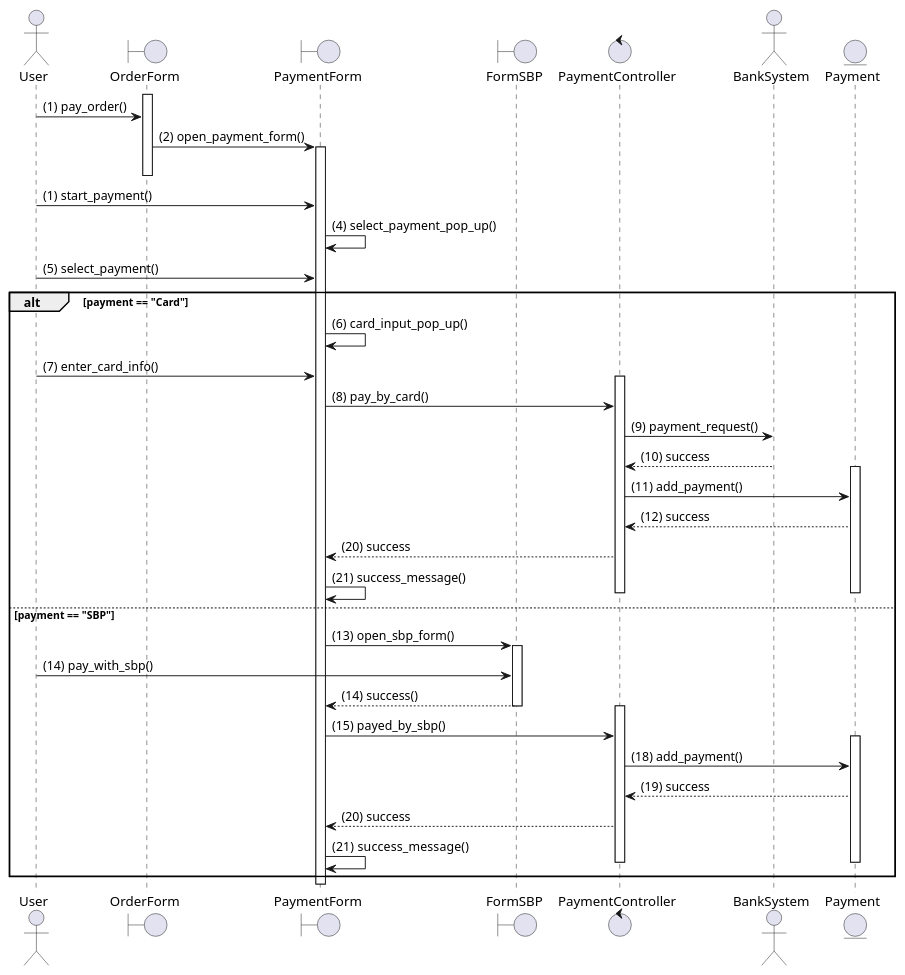
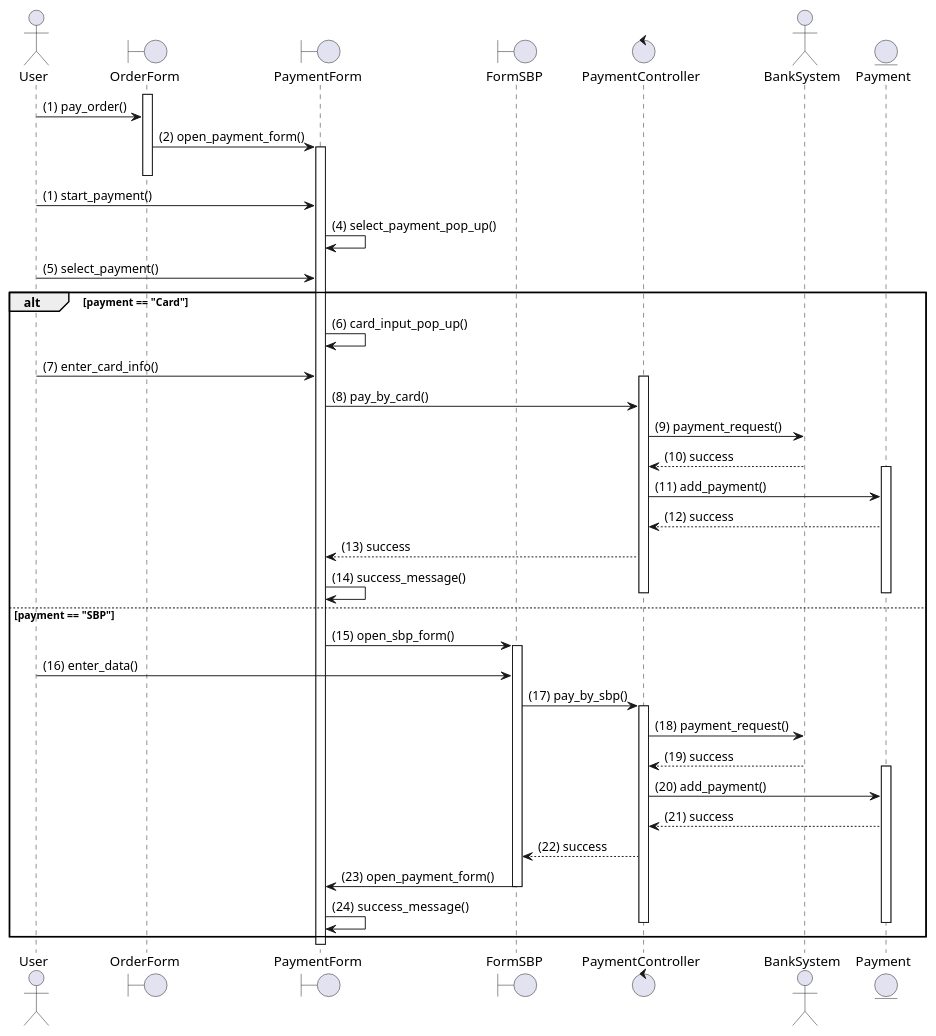
One commit to UraharaKiska/umlk_diagram changed the diagram in laba_1-4/sequence/Client/pay_order.puml. Above: the diagram before and after it, drawn with PlantUML.

Commit message:
final version i did it

```diff
--- a/laba_1-4/sequence/Client/pay_order.puml
+++ b/laba_1-4/sequence/Client/pay_order.puml
@@ -1,59 +1,59 @@
 @startuml
 actor User
 boundary OrderForm
 boundary PaymentForm
 boundary FormSBP
 control PaymentController
 actor BankSystem
 entity Payment
 
 
 activate OrderForm
 User -> OrderForm : (1) pay_order()
 OrderForm -> PaymentForm : (2) open_payment_form()
 activate PaymentForm
 deactivate OrderForm
 
 User -> PaymentForm : (1) start_payment()
 
 
 
 
 PaymentForm -> PaymentForm : (4) select_payment_pop_up()
 User -> PaymentForm : (5) select_payment()
 
 alt payment == "Card"
     PaymentForm -> PaymentForm : (6) card_input_pop_up()
     User -> PaymentForm : (7) enter_card_info()
     activate PaymentController
     PaymentForm -> PaymentController : (8) pay_by_card()
     PaymentController -> BankSystem : (9) payment_request()
     BankSystem --> PaymentController : (10) success
     activate Payment
     PaymentController -> Payment : (11) add_payment()
     PaymentController <-- Payment : (12) success
-    PaymentController --> PaymentForm : (20) success
-    PaymentForm -> PaymentForm : (21) success_message()
+    PaymentController --> PaymentForm : (13) success
+    PaymentForm -> PaymentForm : (14) success_message()
     deactivate Payment
     deactivate PaymentController
 
 else payment == "SBP"
    
-    PaymentForm -> FormSBP  : (13) open_sbp_form()
+    PaymentForm -> FormSBP  : (15) open_sbp_form()
     activate FormSBP
-    User -> FormSBP : (14) pay_with_sbp()
-    FormSBP --> PaymentForm : (14) success()
+    User -> FormSBP : (16) enter_data()
+    FormSBP -> PaymentController : (17) pay_by_sbp()
+    activate PaymentController
+    PaymentController -> BankSystem : (18) payment_request()
+    BankSystem --> PaymentController : (19) success
+    activate Payment
+    PaymentController -> Payment : (20) add_payment()
+    PaymentController <-- Payment : (21) success
+    PaymentController --> FormSBP : (22) success
+    FormSBP -> PaymentForm : (23) open_payment_form()
     deactivate FormSBP
-    activate PaymentController
-    PaymentForm -> PaymentController : (15) payed_by_sbp()
-    activate Payment
-    PaymentController -> Payment : (18) add_payment()
-    PaymentController <-- Payment : (19) success
-    PaymentController --> PaymentForm : (20) success
-    PaymentForm -> PaymentForm : (21)  success_message()
+    PaymentForm -> PaymentForm : (24)  success_message()
     deactivate Payment
     deactivate PaymentController
 end
-
-
 @enduml
```
